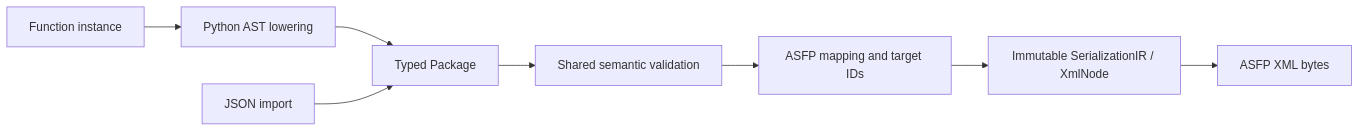
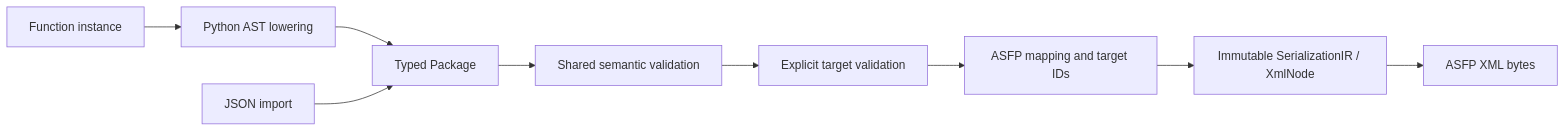
The diagram in docs/13_ASFP_COMPILER.md (TsumiNa/sciloom), drawn with Mermaid before and after one commit. The commit also changed other lines of this file and 24 other files, not shown here.

First line of the commit message:
Compile semantic IR through explicit target interfaces (#6)

````diff
--- a/docs/13_ASFP_COMPILER.md
+++ b/docs/13_ASFP_COMPILER.md
@@ -50,9 +57,9 @@
 ```mermaid
 flowchart LR
     Python["Function instance"] --> Lower["Python AST lowering"] --> Semantic["Typed Package"]
     JSON["JSON import"] --> Semantic
     Semantic --> Validate["Shared semantic validation"]
-    Validate --> Backend["ASFP mapping and target IDs"]
+    Validate --> Target["Explicit target validation"] --> Backend["ASFP mapping and target IDs"]
     Backend --> SIR["Immutable SerializationIR / XmlNode"]
     SIR --> XML["ASFP XML bytes"]
 ```
````
